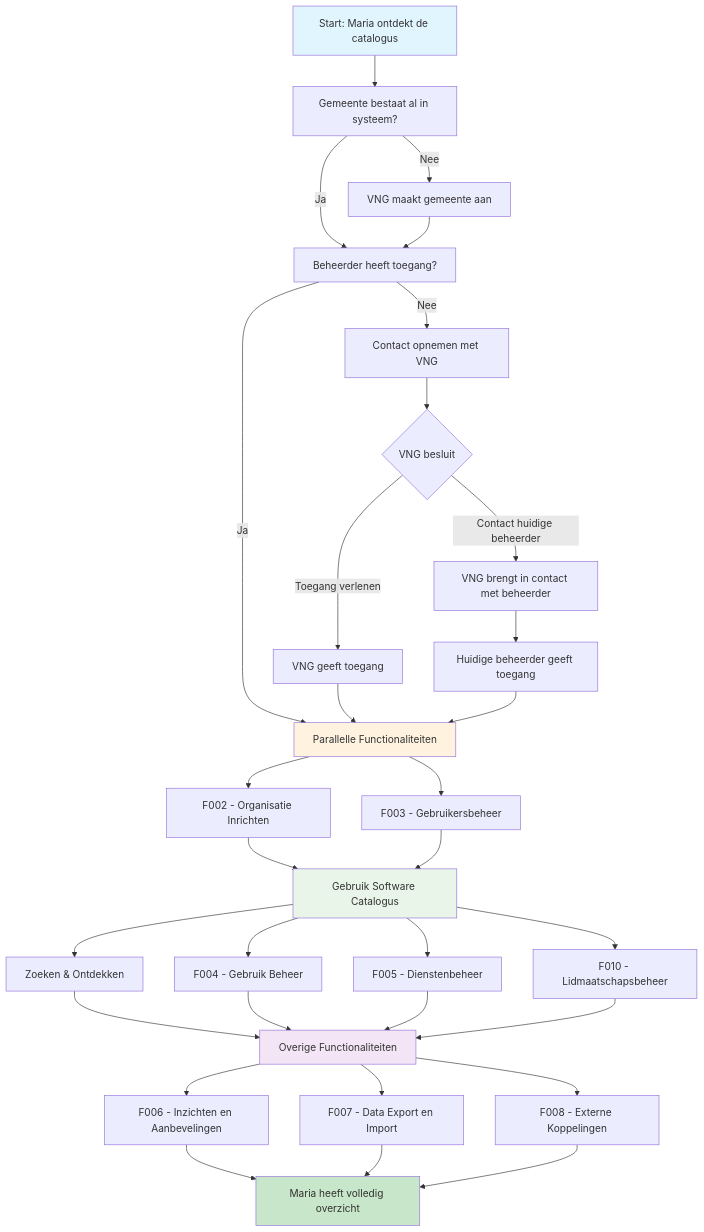
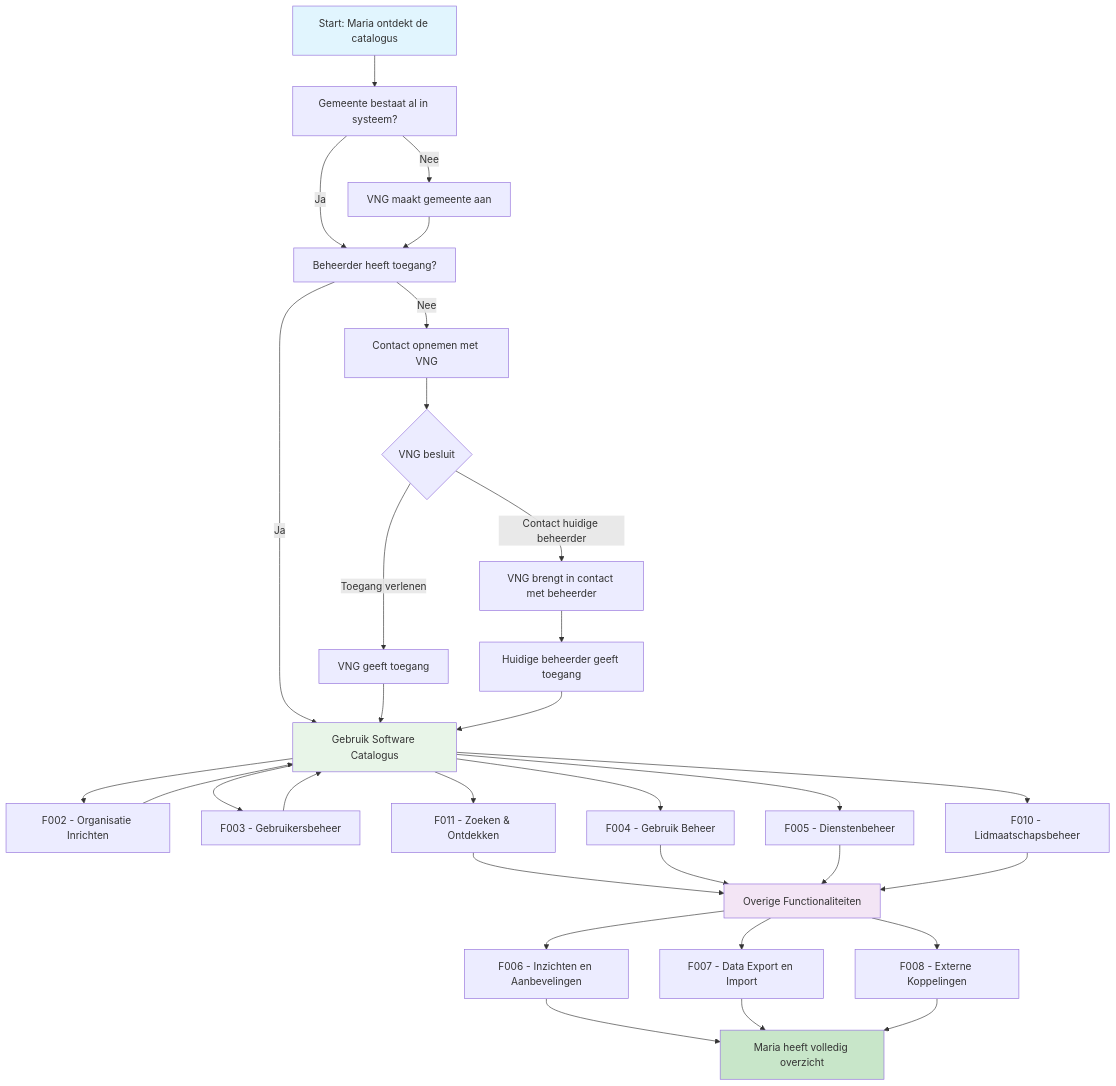
One commit to VNG-Realisatie/Softwarecatalogus changed the diagram in website/docs/Klantreizen/klantreis_gemeente.md. Above: the diagram before and after it, drawn with Mermaid. The commit also changed other lines of this file and 4 other files, not shown here.

````diff
--- a/website/docs/Klantreizen/klantreis_gemeente.md
+++ b/website/docs/Klantreizen/klantreis_gemeente.md
@@ -46,49 +46,48 @@
 ```mermaid
 flowchart TD
     A[Start: Maria ontdekt de catalogus] --> B[Gemeente bestaat al in systeem?]
     B -->|Ja| C[Beheerder heeft toegang?]
     B -->|Nee| B1[VNG maakt gemeente aan]
     B1 --> C
-    C -->|Ja| PARALLEL[Parallelle Functionaliteiten]
+    C -->|Ja| PARALLEL[Gebruik Software Catalogus]
     C -->|Nee| C1[Contact opnemen met VNG]
     C1 --> C2{VNG besluit}
     C2 -->|Toegang verlenen| C3[VNG geeft toegang]
     C2 -->|Contact huidige beheerder| C4[VNG brengt in contact met beheerder]
     C3 --> PARALLEL
     C4 --> C5[Huidige beheerder geeft toegang]
     C5 --> PARALLEL
     
     %% Basis inrichting
     PARALLEL --> F002[F002 - Organisatie Inrichten]
     PARALLEL --> F003[F003 - Gebruikersbeheer]
     
     %% Gebruik Software Catalogus (parallelle activiteiten)
-    F002 --> GEBRUIK[Gebruik Software Catalogus]
-    F003 --> GEBRUIK
+    F002 --> PARALLEL
+    F003 --> PARALLEL
     
-    GEBRUIK --> ZOEKEN[Zoeken & Ontdekken]
-    GEBRUIK --> F004[F004 - Gebruik Beheer]
-    GEBRUIK --> F005[F005 - Dienstenbeheer]
-    GEBRUIK --> F010[F010 - Lidmaatschapsbeheer]
+    PARALLEL --> F011[F011 - Zoeken & Ontdekken]
+    PARALLEL --> F004[F004 - Gebruik Beheer]
+    PARALLEL --> F005[F005 - Dienstenbeheer]
+    PARALLEL --> F010[F010 - Lidmaatschapsbeheer]
     
     %% Overige functionaliteiten
-    ZOEKEN --> OVERIG[Overige Functionaliteiten]
+    F011 --> OVERIG[Overige Functionaliteiten]
     F004 --> OVERIG
     F005 --> OVERIG
     F010 --> OVERIG
     
     OVERIG --> F006[F006 - Inzichten en Aanbevelingen]
     OVERIG --> F007[F007 - Data Export en Import]
     OVERIG --> F008[F008 - Externe Koppelingen]
     
     F006 --> END[Maria heeft volledig overzicht]
     F007 --> END
     F008 --> END
     
     %% Styling
     style A fill:#e1f5fe
     style END fill:#c8e6c9
-    style PARALLEL fill:#fff3e0
-    style GEBRUIK fill:#e8f5e8
+    style PARALLEL fill:#e8f5e8
     style OVERIG fill:#f3e5f5
 ```
````
